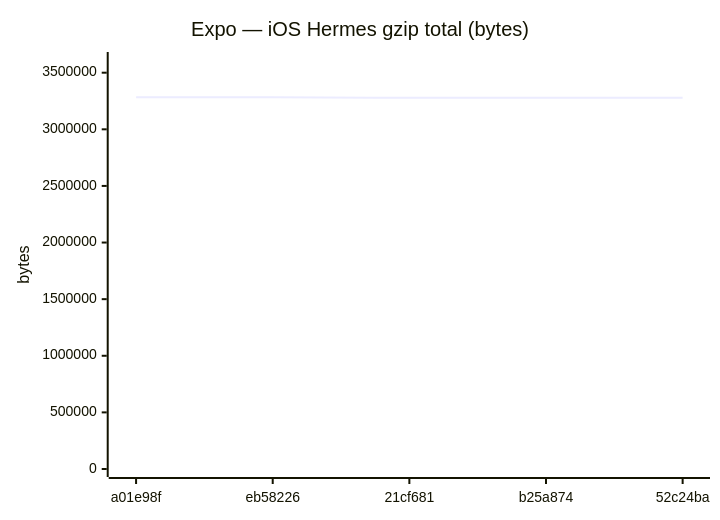
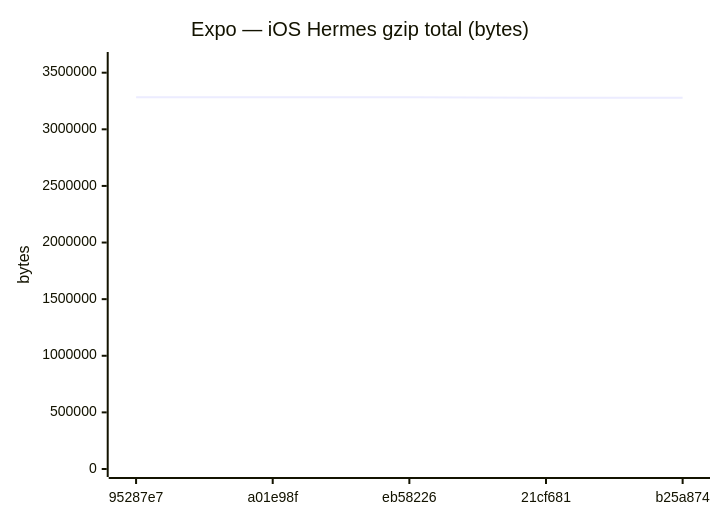
Diagram 12 of 18 in benchmarks/compare.md (Metaheurist/Rianell), drawn with Mermaid before and after one commit. The commit also changed other lines of this file and 11 other files, not shown here.

````diff
--- a/benchmarks/compare.md
+++ b/benchmarks/compare.md
@@ -179,7 +179,7 @@
 ```mermaid
 xychart-beta
     title "Expo — iOS Hermes gzip total (bytes)"
-    x-axis ["a01e98f", "eb58226", "21cf681", "b25a874", "52c24ba"]
+    x-axis ["95287e7", "a01e98f", "eb58226", "21cf681", "b25a874"]
     y-axis "bytes" 0 --> 3612148
-    line [3283770, 3283769, 3278198, 3278199, 3278191]
+    line [3283767, 3283770, 3283769, 3278198, 3278199]
 ```
````
